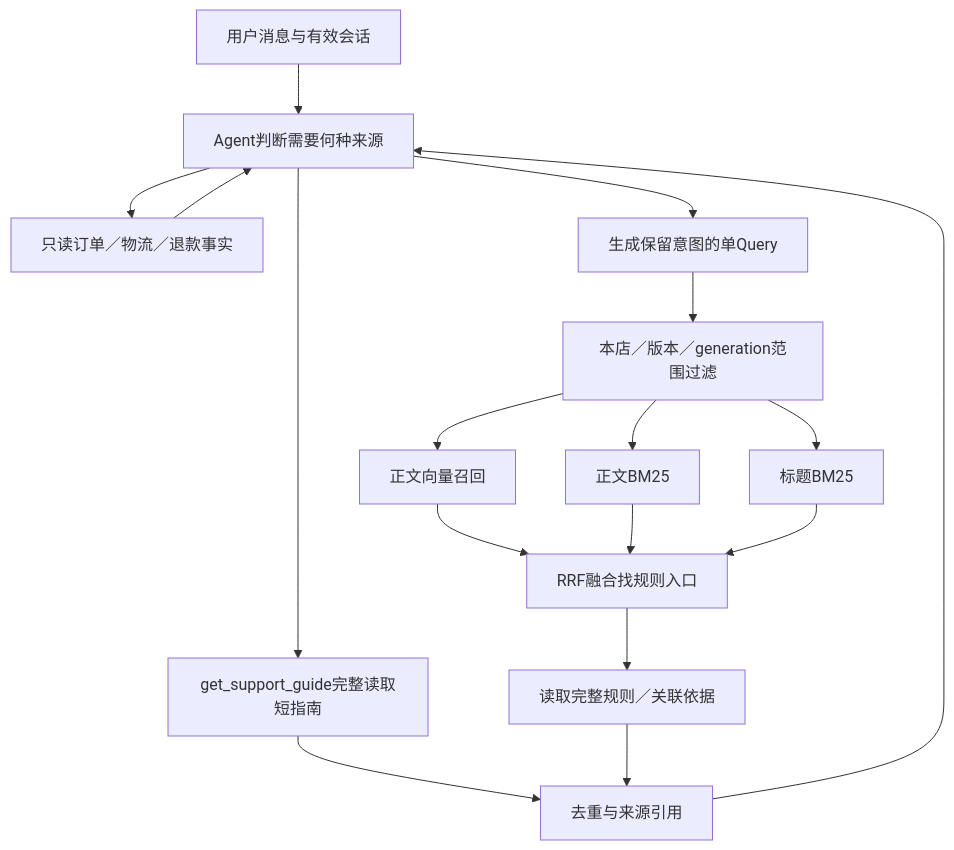
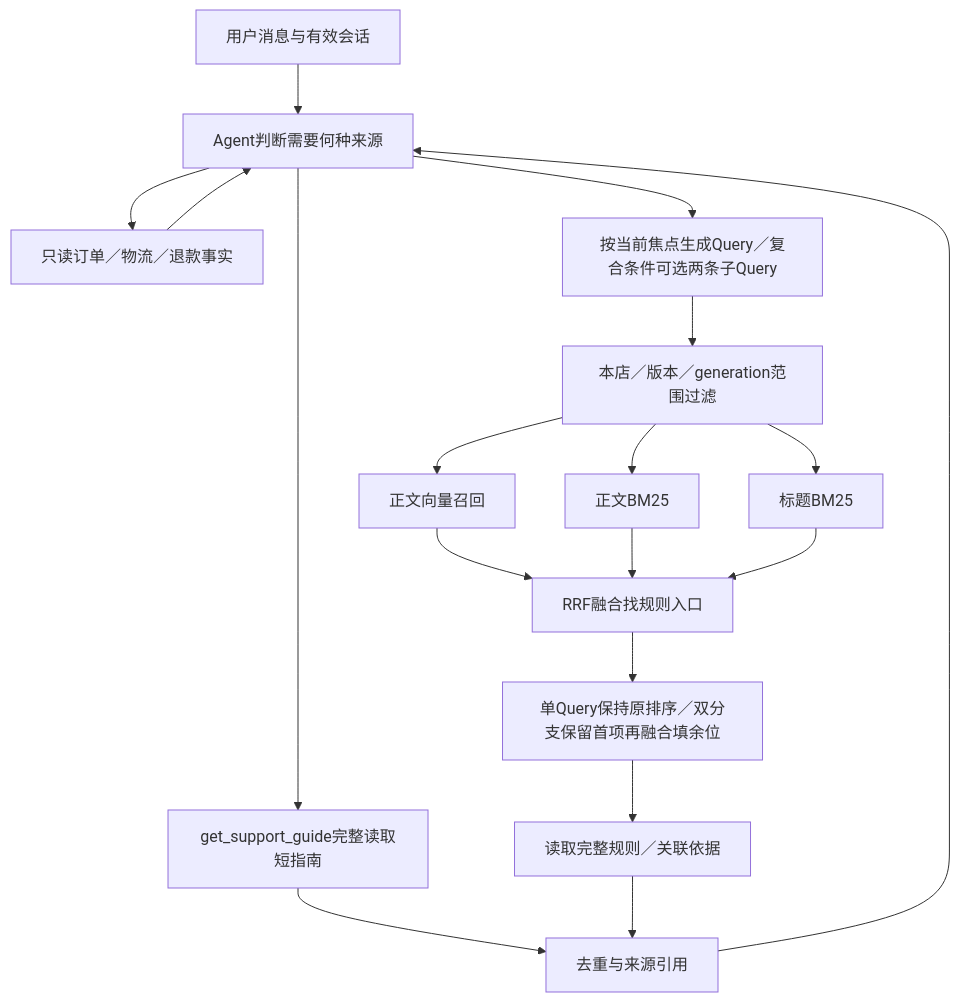
One commit to Capybara0618/ResolveFlow changed the diagram in docs/customer-rag-architecture-v1.md. Above: the diagram before and after it, drawn with Mermaid. The commit also changed other lines of this file and 5 other files, not shown here.

````diff
--- a/docs/customer-rag-architecture-v1.md
+++ b/docs/customer-rag-architecture-v1.md
@@ -19,19 +21,20 @@
 ```mermaid
 flowchart TD
     U[用户消息与有效会话] --> A[Agent判断需要何种来源]
     A --> T[只读订单／物流／退款事实]
     A --> G[get_support_guide完整读取短指南]
     G --> C[去重与来源引用]
-    A --> Q[生成保留意图的单Query]
+    A --> Q[按当前焦点生成Query／复合条件可选两条子Query]
     Q --> F[本店／版本／generation范围过滤]
     F --> D[正文向量召回]
     F --> B[正文BM25]
     F --> H[标题BM25]
     D --> R[RRF融合找规则入口]
     B --> R
     H --> R
-    R --> E[读取完整规则／关联依据]
+    R --> M[单Query保持原排序／双分支保留首项再融合填余位]
+    M --> E[读取完整规则／关联依据]
     E --> C
     T --> A
     C --> A
 ```
````
